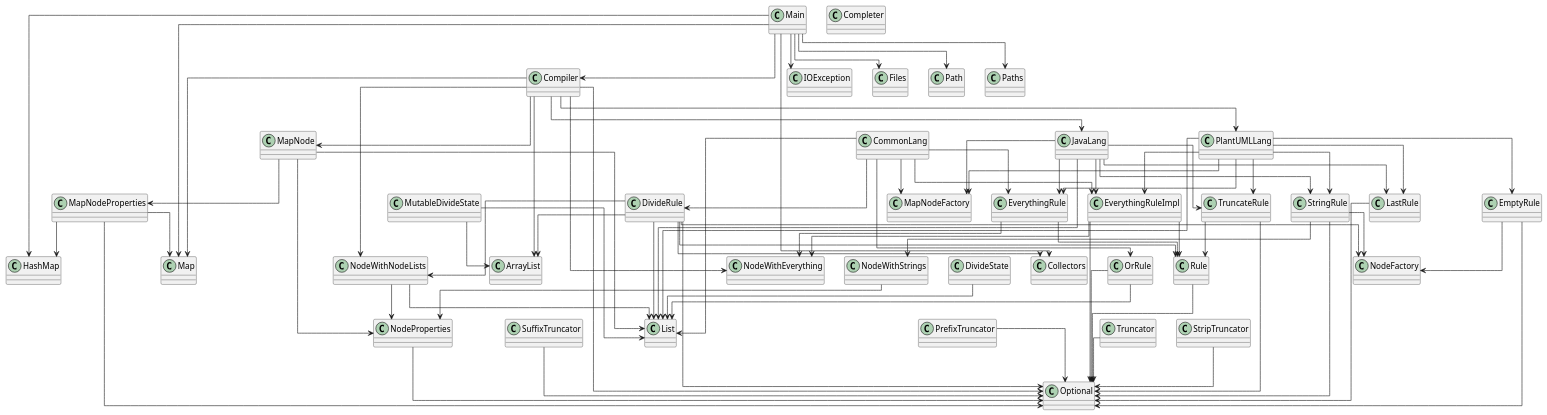
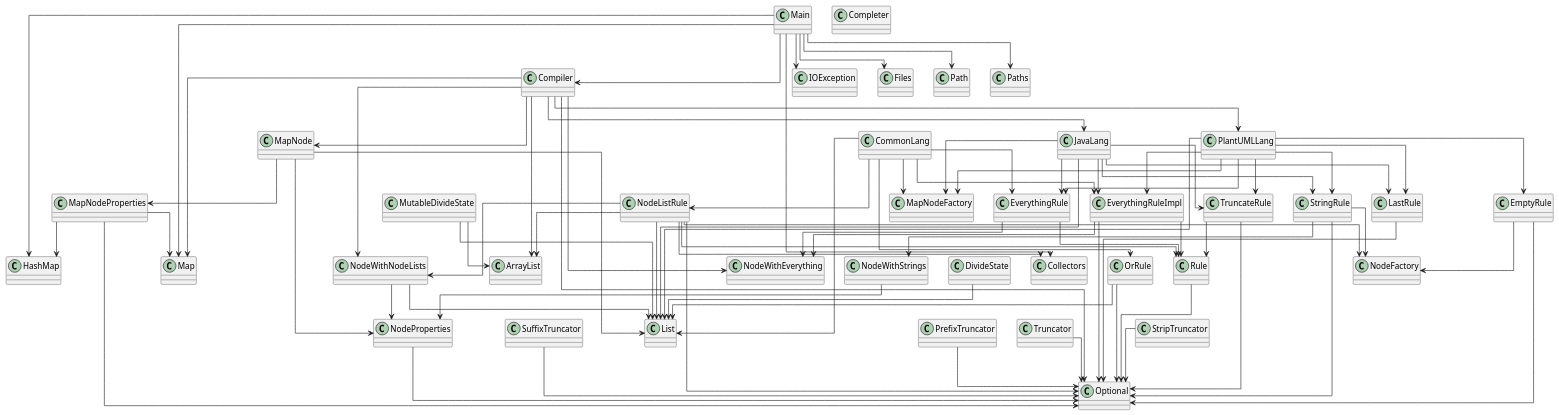
The diagram in diagram.puml (SirMathhman/Magma), drawn with PlantUML before and after one commit. The commit also changed 2 other files, not shown here.

```diff
--- a/diagram.puml
+++ b/diagram.puml
@@ -1,109 +1,109 @@
 @startuml
 skinparam linetype ortho
 class StringRule
 StringRule --> NodeFactory
 StringRule --> NodeWithStrings
 StringRule --> Optional
 class MapNodeFactory
 class EmptyRule
 EmptyRule --> NodeFactory
 EmptyRule --> Optional
 class MapNode
 MapNode --> MapNodeProperties
 MapNode --> NodeProperties
 MapNode --> List
 class MapNodeProperties
 MapNodeProperties --> HashMap
 MapNodeProperties --> Map
 MapNodeProperties --> Optional
 class LastRule
 LastRule --> Optional
 class SuffixTruncator
 SuffixTruncator --> Optional
-class DivideRule
-DivideRule --> NodeFactory
-DivideRule --> NodeWithNodeLists
-DivideRule --> Rule
-DivideRule --> ArrayList
-DivideRule --> List
-DivideRule --> Optional
-DivideRule --> Collectors
 class NodeProperties
 NodeProperties --> Optional
 class EverythingRuleImpl
 EverythingRuleImpl --> NodeWithEverything
 EverythingRuleImpl --> Rule
 EverythingRuleImpl --> Optional
 class Compiler
 Compiler --> JavaLang
 Compiler --> PlantUMLLang
 Compiler --> NodeWithEverything
 Compiler --> MapNode
 Compiler --> NodeWithNodeLists
 Compiler --> ArrayList
 Compiler --> Map
 Compiler --> Optional
 class PrefixTruncator
 PrefixTruncator --> Optional
 class OrRule
 OrRule --> List
 OrRule --> Optional
 class Completer
 class MutableDivideState
 MutableDivideState --> ArrayList
 MutableDivideState --> List
 class Truncator
 Truncator --> Optional
 class EverythingRule
 EverythingRule --> NodeWithEverything
 EverythingRule --> Rule
 class DivideState
 DivideState --> List
 class StripTruncator
 StripTruncator --> Optional
 class CommonLang
 CommonLang --> EverythingRule
 CommonLang --> EverythingRuleImpl
 CommonLang --> MapNodeFactory
 CommonLang --> OrRule
-CommonLang --> DivideRule
+CommonLang --> NodeListRule
 CommonLang --> List
 class TruncateRule
 TruncateRule --> Rule
 TruncateRule --> Optional
+class NodeListRule
+NodeListRule --> NodeFactory
+NodeListRule --> NodeWithNodeLists
+NodeListRule --> Rule
+NodeListRule --> ArrayList
+NodeListRule --> List
+NodeListRule --> Optional
+NodeListRule --> Collectors
 class NodeFactory
 class NodeWithEverything
 class NodeWithStrings
 NodeWithStrings --> NodeProperties
 class JavaLang
 JavaLang --> EverythingRule
 JavaLang --> EverythingRuleImpl
 JavaLang --> MapNodeFactory
 JavaLang --> LastRule
 JavaLang --> TruncateRule
 JavaLang --> StringRule
 JavaLang --> List
 class PlantUMLLang
 PlantUMLLang --> EverythingRule
 PlantUMLLang --> EverythingRuleImpl
 PlantUMLLang --> MapNodeFactory
 PlantUMLLang --> EmptyRule
 PlantUMLLang --> LastRule
 PlantUMLLang --> StringRule
 PlantUMLLang --> TruncateRule
 PlantUMLLang --> List
 class Rule
 Rule --> Optional
 class NodeWithNodeLists
 NodeWithNodeLists --> NodeProperties
 NodeWithNodeLists --> List
 class Main
 Main --> Compiler
 Main --> IOException
 Main --> Files
 Main --> Path
 Main --> Paths
 Main --> HashMap
 Main --> Map
 Main --> Collectors
 @enduml
```
